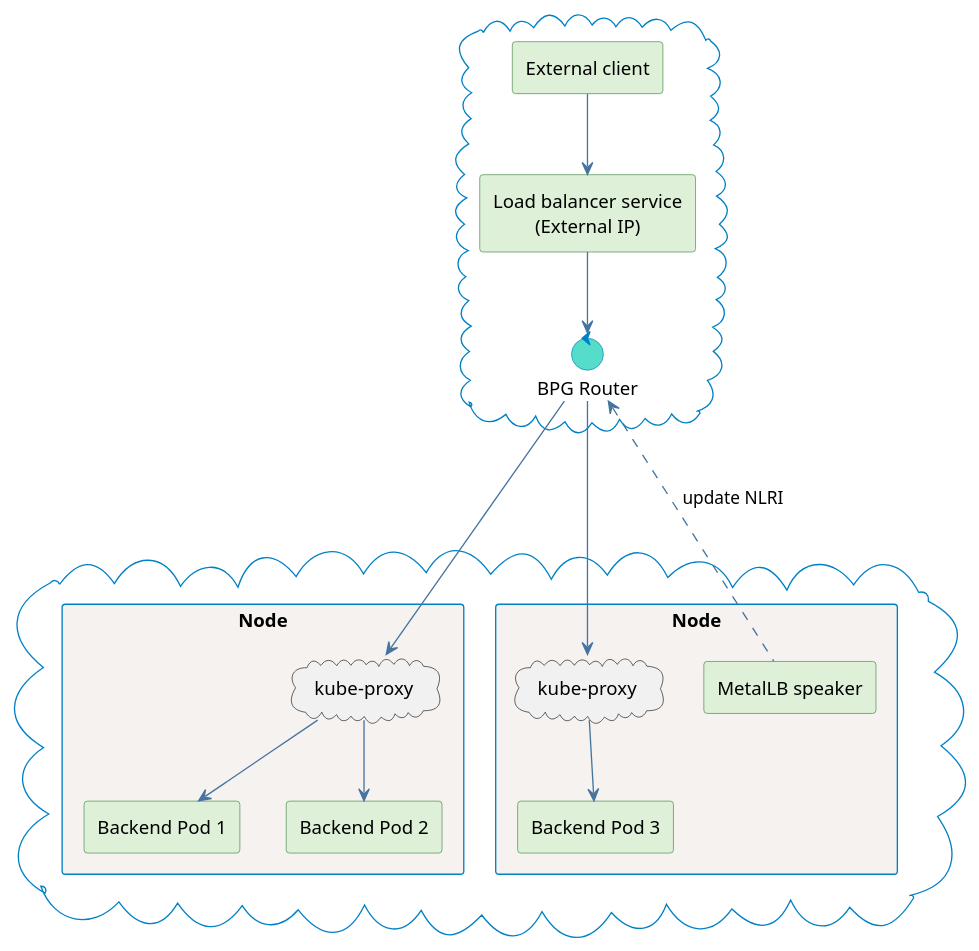
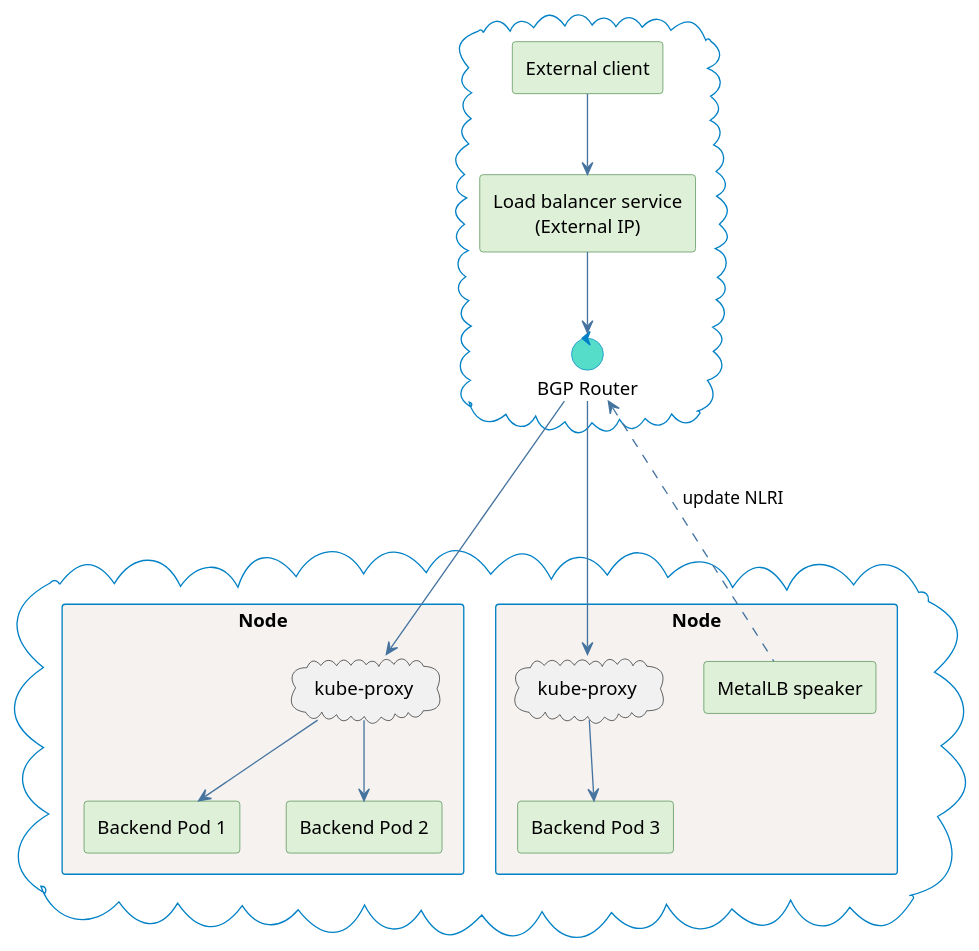
One commit to chenhm/blog changed the third of 4 diagrams in post/2020-02-19-kubernetes-lb.adoc. Above: the diagram before and after it, drawn with PlantUML. The commit also changed other lines of this file, not shown here.

```diff
--- a/post/2020-02-19-kubernetes-lb.adoc
+++ b/post/2020-02-19-kubernetes-lb.adoc
@@ -117,49 +117,49 @@
 [plantuml]
 ----
 skinparam handwritten false
 skinparam {
     defaultTextAlignment center
     shadowing false
     arrowColor #46749F
     RectangleBorderColor #CCCCCC
     RectangleBackgroundColor #F5F2F0
     ComponentBorderColor #46749F
     ComponentBackgroundColor #E5ECF0
     UsecaseBorderColor #46749F
     UsecaseBackgroundColor #E5ECF0
     ControlBorderColor #0081C6
     ControlBackgroundColor #55DDCA
     frameBorderColor #0081C6
     packageBorderColor #0081C6
     AgentBorderColor #468847
     AgentBackgroundColor #DFF0D8
 }
 
 cloud {
     agent "External client" as client
     agent "Load balancer service\n(External IP)" as service
-    control "BPG Router" as router
+    control "BGP Router" as router
     client --> service
     service --> router
 }
 
 cloud {
 rectangle "Node"{
     cloud "kube-proxy" as service1
     agent "Backend Pod 1" as pod1
     agent "Backend Pod 2" as pod2
 }
 rectangle "Node" as node2{
     cloud "kube-proxy" as service2
     agent "MetalLB speaker" as speaker
     agent "Backend Pod 3" as pod3
 }
 }
 
 router --> service1
 router --> service2
 router <... speaker: " update NLRI"
 service1 --> pod1
 service1 --> pod2
 service2 --> pod3
 ----
```
